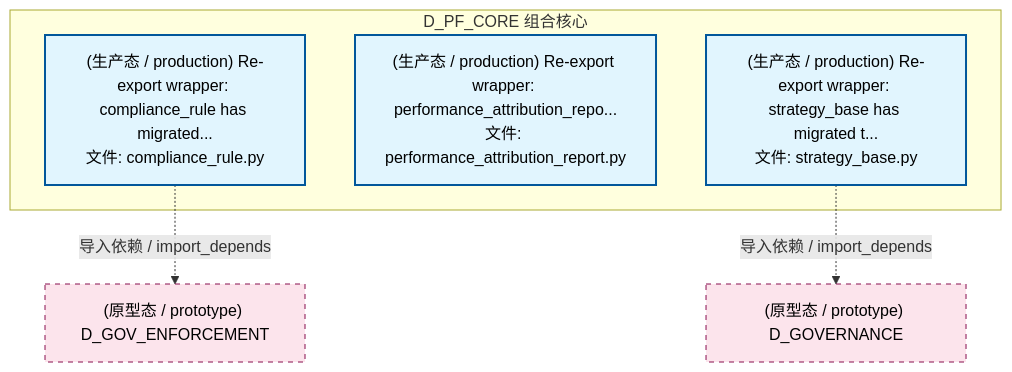
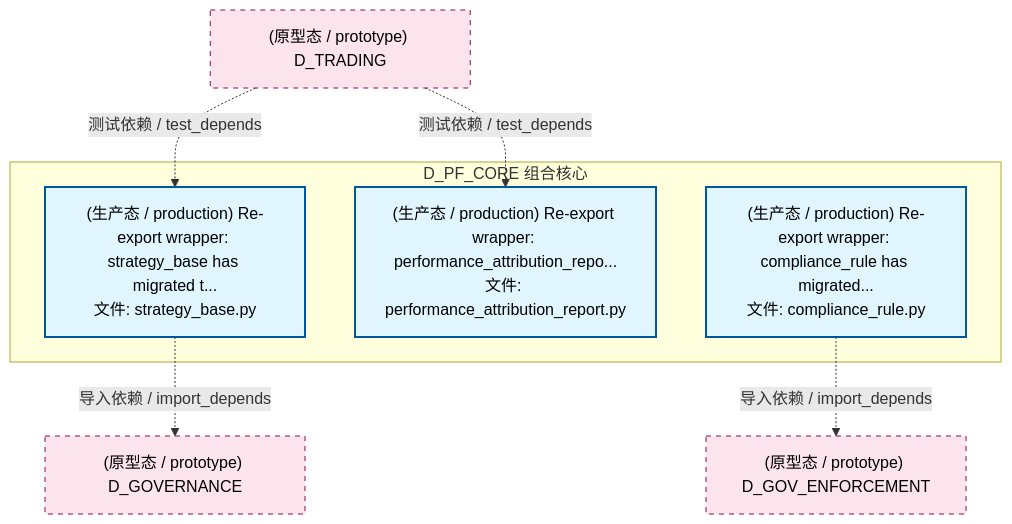
The second of 4 diagrams in docs/02_enterprise_architecture/02_domain_architecture_docs/52_d_pf_core.md (xuanFelixVan/ZephyrAlpha), drawn with Mermaid before and after one commit. The commit also changed other lines of this file and 124 other files, not shown here.

````diff
--- a/docs/02_enterprise_architecture/02_domain_architecture_docs/52_d_pf_core.md
+++ b/docs/02_enterprise_architecture/02_domain_architecture_docs/52_d_pf_core.md
@@ -116,18 +119,21 @@
 ```mermaid
 graph TD
     subgraph D_PF_CORE["D_PF_CORE 组合核心"]
         src_zephyr_pf_core_compliance_rule_py["(生产态 / production) Re-export wrapper: compliance_rule has migrated...<br/>文件: compliance_rule.py"]
         src_zephyr_pf_core_performance_attribution_report_py["(生产态 / production) Re-export wrapper: performance_attribution_repo...<br/>文件: performance_attribution_report.py"]
         src_zephyr_pf_core_strategy_base_py["(生产态 / production) Re-export wrapper: strategy_base has migrated t...<br/>文件: strategy_base.py"]
     end
     D_GOV_ENFORCEMENT["(原型态 / prototype) D_GOV_ENFORCEMENT"]
     src_zephyr_pf_core_compliance_rule_py -.->|导入依赖 / import_depends| D_GOV_ENFORCEMENT
     D_GOVERNANCE["(原型态 / prototype) D_GOVERNANCE"]
     src_zephyr_pf_core_strategy_base_py -.->|导入依赖 / import_depends| D_GOVERNANCE
+    D_TRADING["(原型态 / prototype) D_TRADING"]
+    D_TRADING -.->|测试依赖 / test_depends| src_zephyr_pf_core_strategy_base_py
+    D_TRADING -.->|测试依赖 / test_depends| src_zephyr_pf_core_performance_attribution_report_py
     classDef production fill:#e1f5fe,stroke:#01579b,stroke-width:2px,color:#000
     classDef design fill:#fff3e0,stroke:#e65100,stroke-width:2px,color:#000,stroke-dasharray: 5 5
     classDef external_prod fill:#e8f5e9,stroke:#1b5e20,stroke-width:1px,color:#000
     classDef external_design fill:#fce4ec,stroke:#880e4f,stroke-width:1px,color:#000,stroke-dasharray: 5 5
     class src_zephyr_pf_core_compliance_rule_py,src_zephyr_pf_core_performance_attribution_report_py,src_zephyr_pf_core_strategy_base_py production
-    class D_GOV_ENFORCEMENT,D_GOVERNANCE external_design
+    class D_GOV_ENFORCEMENT,D_GOVERNANCE,D_TRADING external_design
 ```
````
